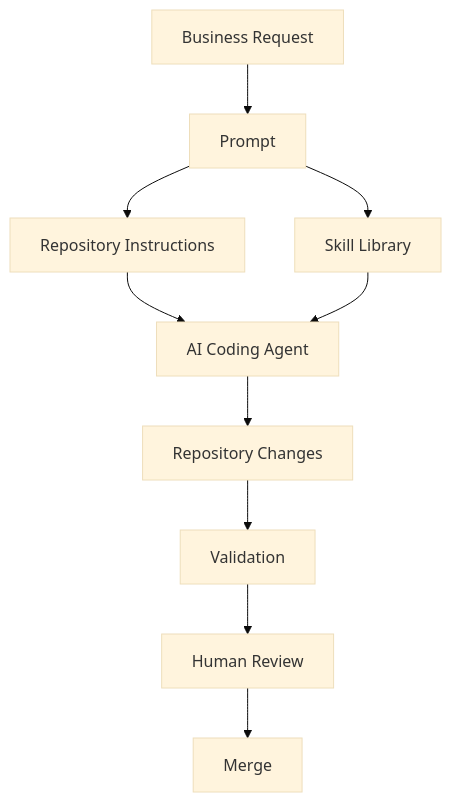
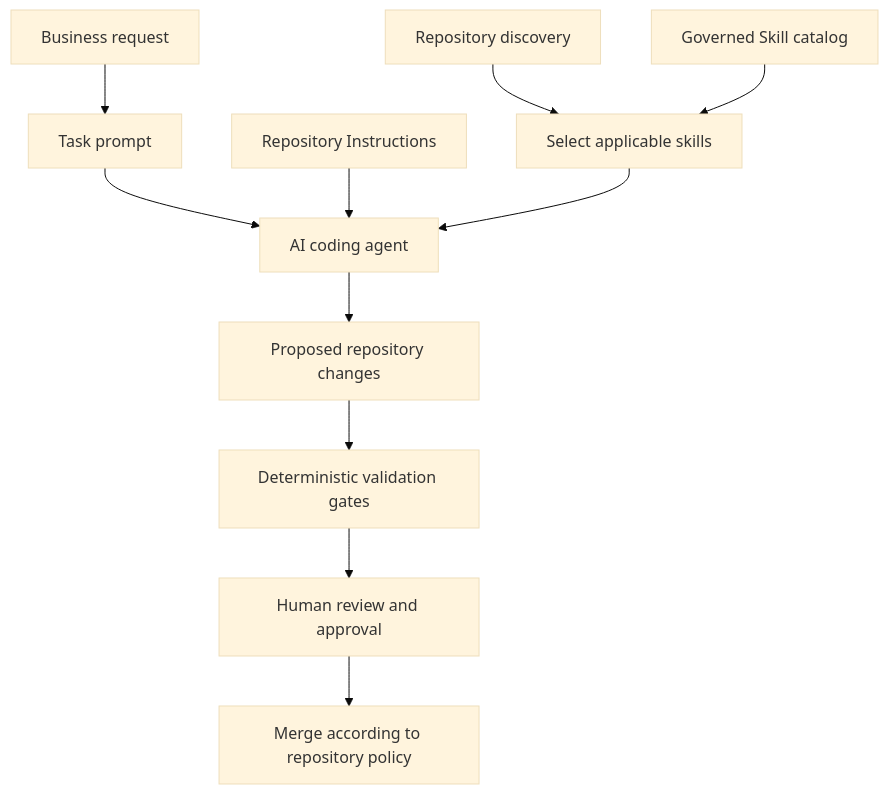
Before and after one commit to sheikh-zeeshan/Enterprise-AI-Engineering-Handbook: the first of 11 diagrams in book/07-skills.md, drawn with Mermaid (base theme). The commit also changed other lines of this file and 49 other files, not shown here.

````diff
--- a/book/07-skills.md
+++ b/book/07-skills.md
@@ -383,23 +404,13 @@
 ```mermaid
-flowchart TD
-
-A[Business Request]
-
-A --> B[Prompt]
-
-B --> C[Repository Instructions]
-
-B --> D[Skill Library]
-
-C --> E[AI Coding Agent]
-
-D --> E
-
-E --> F[Repository Changes]
-
-F --> G[Validation]
-
-G --> H[Human Review]
-
-H --> I[Merge]
+flowchart TB
+    Request[Business request] --> Prompt[Task prompt]
+    Discovery[Repository discovery] --> Selection[Select applicable skills]
+    Prompt --> Agent[AI coding agent]
+    Instructions[Repository Instructions] --> Agent
+    Selection --> Agent
+    Catalog[Governed Skill catalog] --> Selection
+    Agent --> Changes[Proposed repository changes]
+    Changes --> Gates[Deterministic validation gates]
+    Gates --> Review[Human review and approval]
+    Review --> Merge[Merge according to repository policy]
 ```
````
